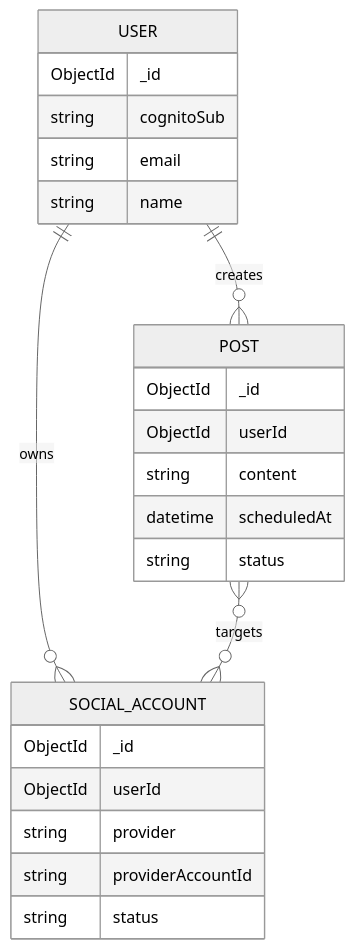
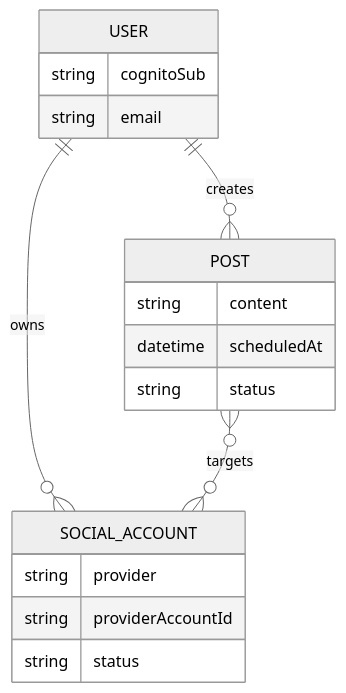
Before and after one commit to Andresha56/post-it: the third of 3 diagrams in README.md, drawn with Mermaid (neutral theme). The commit also changed other lines of this file, not shown here.

````diff
--- a/README.md
+++ b/README.md
@@ -471,27 +87,20 @@
-``` mermaid
+```mermaid
 erDiagram
     USER ||--o{ SOCIAL_ACCOUNT : owns
     USER ||--o{ POST : creates
     POST }o--o{ SOCIAL_ACCOUNT : targets
-
     USER {
-        ObjectId _id
         string cognitoSub
         string email
-        string name
     }
     SOCIAL_ACCOUNT {
-        ObjectId _id
-        ObjectId userId
         string provider
         string providerAccountId
         string status
     }
     POST {
-        ObjectId _id
-        ObjectId userId
         string content
         datetime scheduledAt
         string status
     }
 ```
````
